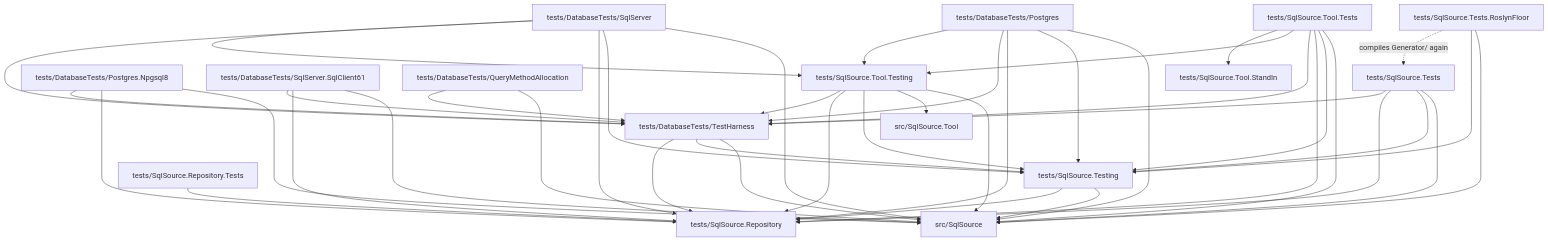
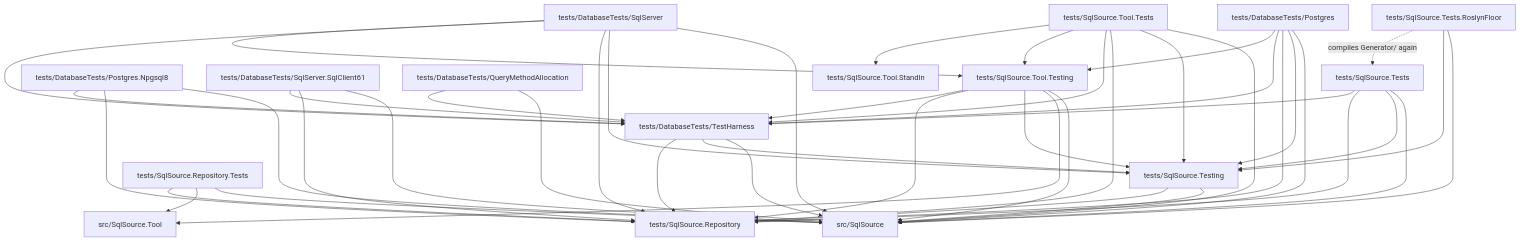
One commit to mbcrawfo/SqlSource changed the diagram in tests/README.md. Above: the diagram before and after it, drawn with Mermaid. The commit also changed other lines of this file and 19 other files, not shown here.

First line of the commit message:
refactor(tests): the checks of the docs and the repository's files in SqlSource.Repository.Tests

````diff
--- a/tests/README.md
+++ b/tests/README.md
@@ -65,62 +65,64 @@
 ```mermaid
 graph TD
     Generator["src/SqlSource"]
     Tool["src/SqlSource.Tool"]
     Tests["tests/SqlSource.Tests"]
     Floor["tests/SqlSource.Tests.RoslynFloor"]
     ToolTests["tests/SqlSource.Tool.Tests"]
     Postgres["tests/DatabaseTests/Postgres"]
     Npgsql8["tests/DatabaseTests/Postgres.Npgsql8"]
     SqlServer["tests/DatabaseTests/SqlServer"]
     SqlClient61["tests/DatabaseTests/SqlServer.SqlClient61"]
     Allocation["tests/DatabaseTests/QueryMethodAllocation"]
     Testing["tests/SqlSource.Testing"]
     Repository["tests/SqlSource.Repository"]
     RepositoryTests["tests/SqlSource.Repository.Tests"]
     StandIn["tests/SqlSource.Tool.StandIn"]
     Harness["tests/DatabaseTests/TestHarness"]
     ToolTesting["tests/SqlSource.Tool.Testing"]
 
     Tests --> Generator
     Tests --> Testing
     Tests --> Repository
     Tests --> Harness
     Floor --> Generator
     Floor --> Testing
     Floor -.->|compiles Generator/ again| Tests
     ToolTests --> Generator
     ToolTests --> Testing
     ToolTests --> Repository
     ToolTests --> Harness
     ToolTests --> ToolTesting
     ToolTests --> StandIn
     Postgres --> Generator
     Postgres --> Testing
     Postgres --> Repository
     Postgres --> Harness
     Postgres --> ToolTesting
     Npgsql8 --> Generator
     Npgsql8 --> Repository
     Npgsql8 --> Harness
     SqlServer --> Generator
     SqlServer --> Testing
     SqlServer --> Repository
     SqlServer --> Harness
     SqlServer --> ToolTesting
     SqlClient61 --> Generator
     SqlClient61 --> Repository
     SqlClient61 --> Harness
     Allocation --> Generator
     Allocation --> Harness
     Harness --> Generator
     Harness --> Testing
     Harness --> Repository
     Testing --> Generator
     Testing --> Repository
     ToolTesting --> Generator
     ToolTesting --> Tool
     ToolTesting --> Testing
     ToolTesting --> Repository
     ToolTesting --> Harness
+    RepositoryTests --> Generator
+    RepositoryTests --> Tool
     RepositoryTests --> Repository
 ```
````
